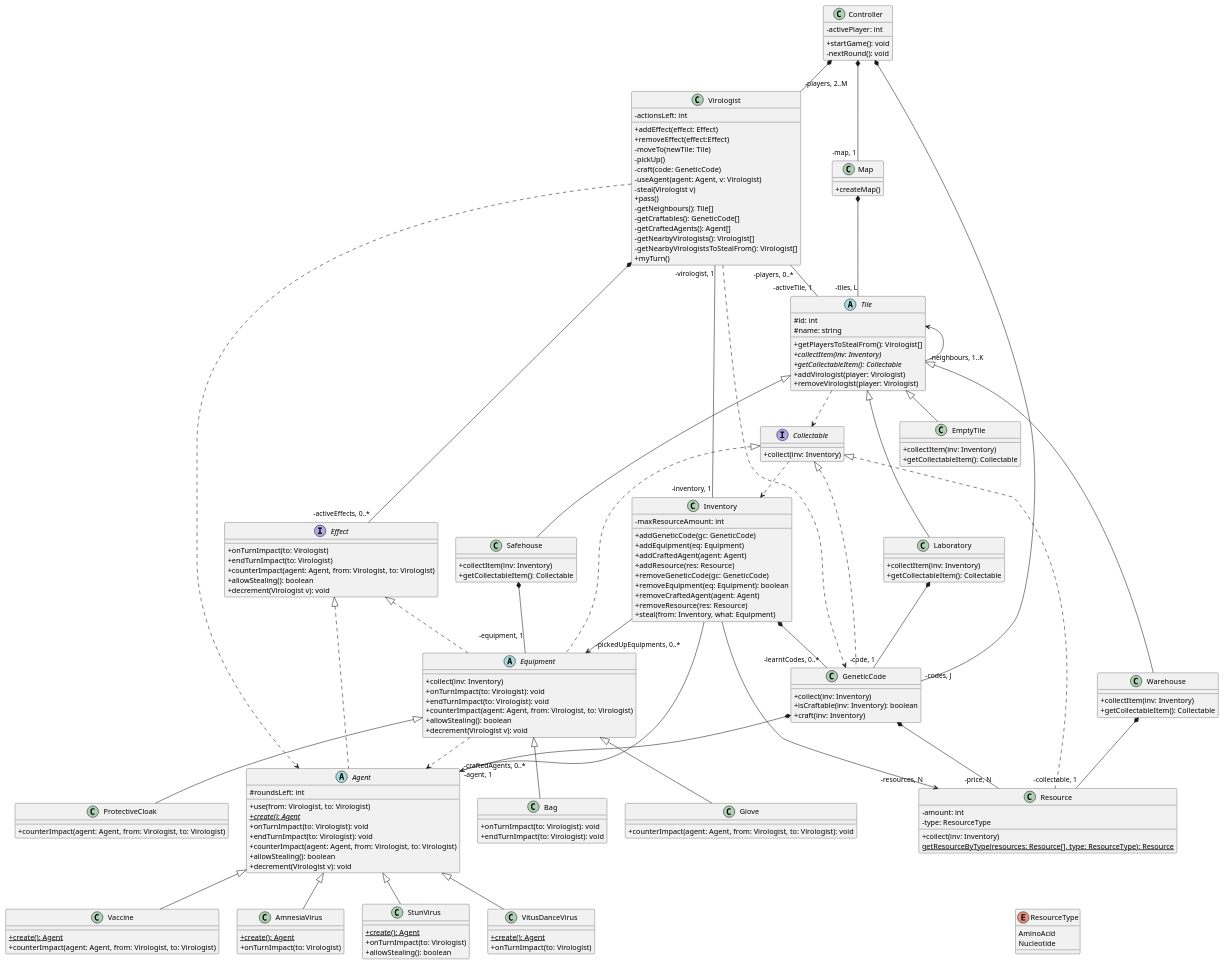
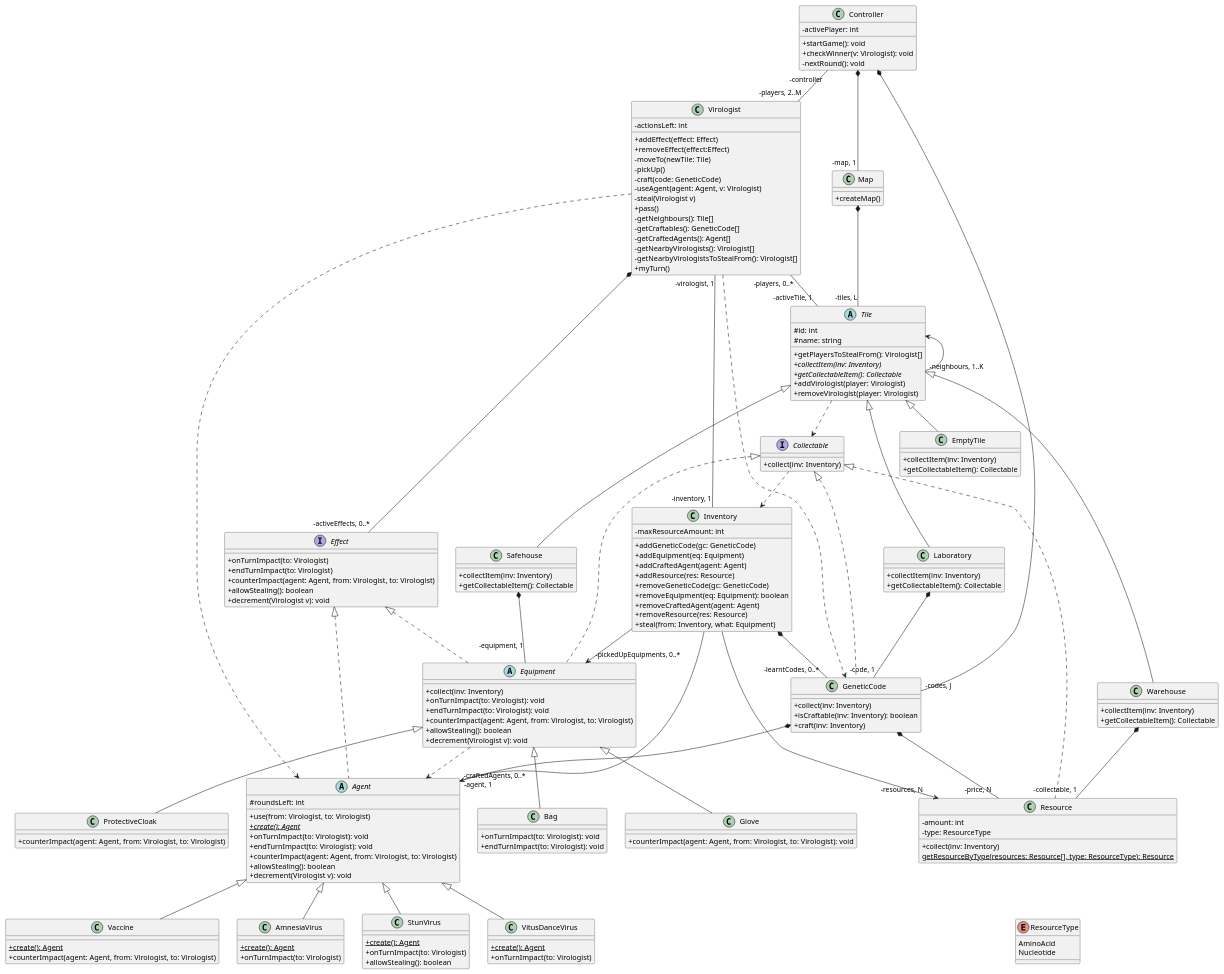
One commit to Tschonti/503-service-unavailable changed the diagram in docs/classDiagrams/classDiagram.puml. Above: the diagram before and after it, drawn with PlantUML. The commit also changed 9 other files, not shown here.

```diff
--- a/docs/classDiagrams/classDiagram.puml
+++ b/docs/classDiagrams/classDiagram.puml
@@ -1,188 +1,189 @@
 @startuml
 'https://plantuml.com/class-diagram
 skinparam classAttributeIconSize 0
 
 class Resource implements Collectable {
     -amount: int
     -type: ResourceType
     +collect(inv: Inventory)
     {static} getResourceByType(resources: Resource[], type: ResourceType): Resource
 
 }
 
 enum ResourceType {
     AminoAcid
     Nucleotide
 }
 
 Resource -- ResourceType #line:white
 
 abstract class Agent implements Effect {
 
     #roundsLeft: int
     +use(from: Virologist, to: Virologist)
     {static} {abstract} +create(): Agent
     /'             Effect interface            '/
     +onTurnImpact(to: Virologist): void
     +endTurnImpact(to: Virologist): void
     +counterImpact(agent: Agent, from: Virologist, to: Virologist)
     +allowStealing(): boolean
     +decrement(Virologist v): void
 }
 
 class AmnesiaVirus extends Agent{
     {static} +create(): Agent
     +onTurnImpact(to: Virologist)
 }
 
 class StunVirus extends Agent{
     {static} +create(): Agent
     +onTurnImpact(to: Virologist)
     +allowStealing(): boolean
 }
 class VitusDanceVirus extends Agent{
     {static} +create(): Agent
     +onTurnImpact(to: Virologist)
 }
 class Vaccine extends Agent{
     {static} +create(): Agent
     +counterImpact(agent: Agent, from: Virologist, to: Virologist)
 }
 
 class Virologist {
     -actionsLeft: int
     +addEffect(effect: Effect)
     +removeEffect(effect:Effect)
     'az alap useCase-ek:
     -moveTo(newTile: Tile)
     -pickUp()
     -craft(code: GeneticCode)
     -useAgent(agent: Agent, v: Virologist)
     -steal(Virologist v)
     +pass()
     'usecase wrapperek
     -getNeighbours(): Tile[]
     -getCraftables(): GeneticCode[]
     -getCraftedAgents(): Agent[]
     -getNearbyVirologists(): Virologist[]
     -getNearbyVirologistsToStealFrom(): Virologist[]
     +myTurn()        /' A játékos mikor sorra kerül ezek történnek '/
 }
 
 class Inventory {
     -maxResourceAmount: int
     +addGeneticCode(gc: GeneticCode)
     +addEquipment(eq: Equipment)
     +addCraftedAgent(agent: Agent)
     +addResource(res: Resource)
     +removeGeneticCode(gc: GeneticCode)
     +removeEquipment(eq: Equipment): boolean
     +removeCraftedAgent(agent: Agent)
     +removeResource(res: Resource)
     +steal(from: Inventory, what: Equipment)
 }
 interface Effect {
     +onTurnImpact(to: Virologist)
     +endTurnImpact(to: Virologist)
     +counterImpact(agent: Agent, from: Virologist, to: Virologist)
     +allowStealing(): boolean
     +decrement(Virologist v): void
 }
 class GeneticCode implements Collectable {
     +collect(inv: Inventory) /'Collectable'/
     +isCraftable(inv: Inventory): boolean
     +craft(inv: Inventory)
 }
 
 interface Collectable {
     +collect(inv: Inventory)
 }
 
 Tile ..> Collectable
 Collectable ..> Inventory
 Virologist ..> GeneticCode
 Virologist ..> Agent
 Equipment ..> Agent
 
 Virologist "-virologist, 1" -- "-inventory, 1" Inventory
 Virologist *-- "-activeEffects, 0..*" Effect
 
 Inventory *-- "-learntCodes, 0..*" GeneticCode
 Inventory --> "-pickedUpEquipments, 0..*" Equipment
 Inventory --> "-craftedAgents, 0..*" Agent
 Inventory --> "-resources, N" Resource
 
 GeneticCode *-- "-price, N" Resource
 GeneticCode *-- "-agent, 1" Agent
 
 Virologist "-players, 0..*" -- "-activeTile, 1" Tile
 
 abstract class Equipment implements Effect, Collectable {
     +collect(inv: Inventory)
     /'             Effekt interface            '/
     +onTurnImpact(to: Virologist): void
     +endTurnImpact(to: Virologist): void
     +counterImpact(agent: Agent, from: Virologist, to: Virologist)
     +allowStealing(): boolean
     +decrement(Virologist v): void
 }
 class ProtectiveCloak extends Equipment {
     +counterImpact(agent: Agent, from: Virologist, to: Virologist) /'Equipment'/
 }
 
 class Bag extends Equipment{
     +onTurnImpact(to: Virologist): void /'Equipment'/
     +endTurnImpact(to: Virologist): void /'Equipment'/
 }
 class Glove extends Equipment {
     +counterImpact(agent: Agent, from: Virologist, to: Virologist): void /'Equipment'/
 }
 
 abstract class Tile {
     #id: int
     #name: string
     +getPlayersToStealFrom(): Virologist[]
     {abstract} +collectItem(inv: Inventory)
     {abstract} +getCollectableItem(): Collectable
     +addVirologist(player: Virologist)
     +removeVirologist(player: Virologist)
 }
 class Laboratory extends Tile {
     +collectItem(inv: Inventory)
     +getCollectableItem(): Collectable
 }
 
 class Safehouse extends Tile {
     +collectItem(inv: Inventory)
     +getCollectableItem(): Collectable
 }
 class Warehouse extends Tile {
     +collectItem(inv: Inventory)
     +getCollectableItem(): Collectable
 }
 class EmptyTile extends Tile {
     +collectItem(inv: Inventory)
     +getCollectableItem(): Collectable
 }
 
 class Map {
     +createMap()
 }
 
 Laboratory *-- "-code, 1" GeneticCode
 Safehouse *-- "-equipment, 1\n" Equipment
 Warehouse *-- "-collectable, 1" Resource
 
 Map  *-- "-tiles, L" Tile
 Tile <-- "-neighbours, 1..K" Tile
 
 class Controller {
     -activePlayer: int
     +startGame(): void
+    +checkWinner(v: Virologist): void
     -nextRound(): void
 }
 Controller *-- "-map, 1" Map
-Controller *-- "-players, 2..M" Virologist
+Controller "-controller" -- "-players, 2..M" Virologist
 Controller *-- "-codes, J" GeneticCode
 
 @enduml
```
